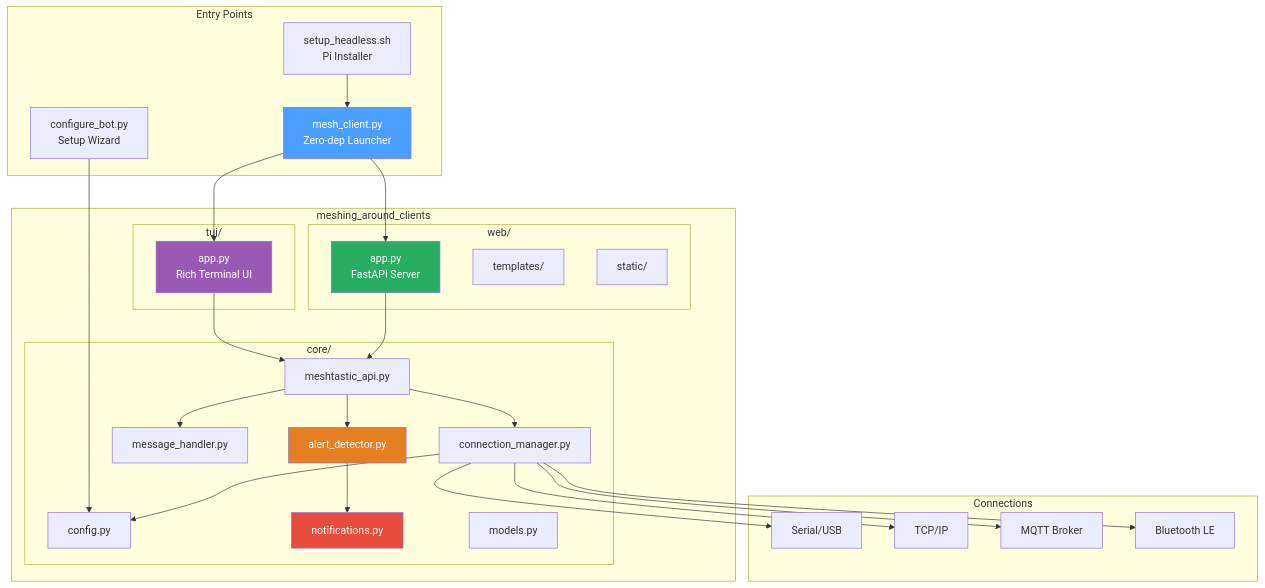
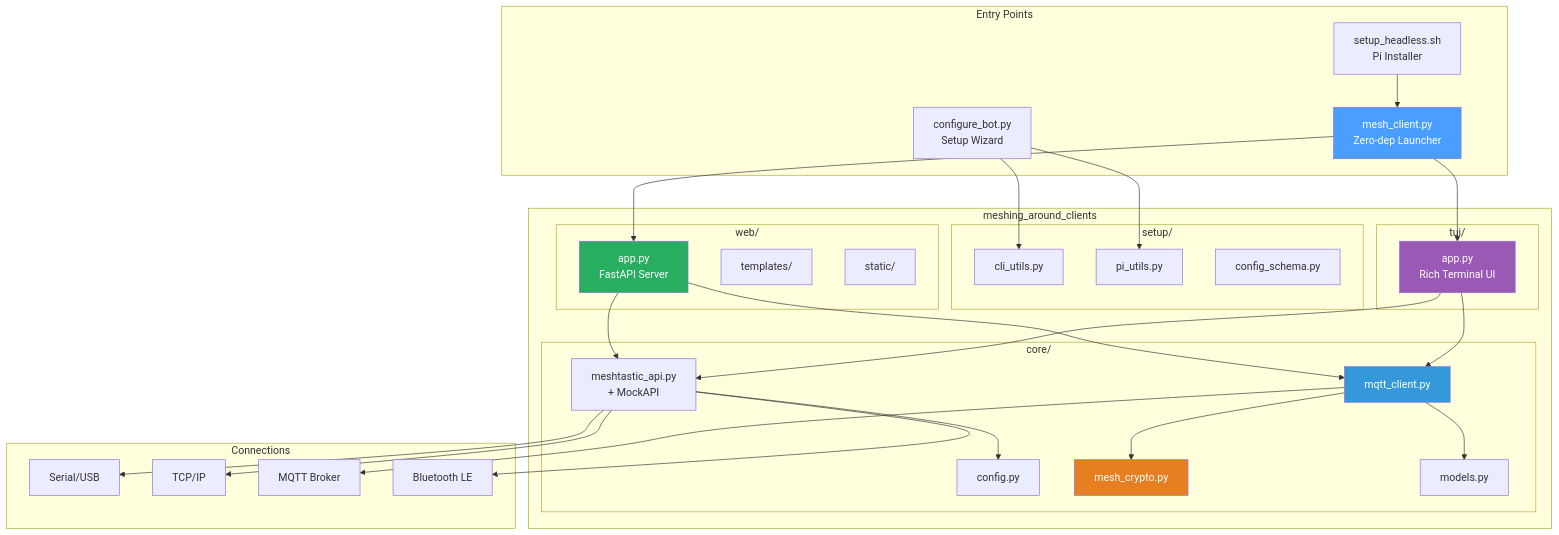
Before and after one commit to Nursedude/meshing_around_meshforge: the second of 4 diagrams in README.md, drawn with Mermaid. The commit also changed other lines of this file and 4 other files, not shown here.

First line of the commit message:
Update architecture docs, wire channel activity and env telemetry

````diff
--- a/README.md
+++ b/README.md
@@ -100,61 +100,66 @@
 ```mermaid
 graph TB
     subgraph "Entry Points"
         MC[mesh_client.py<br/>Zero-dep Launcher]
         CB[configure_bot.py<br/>Setup Wizard]
         SH[setup_headless.sh<br/>Pi Installer]
     end
 
     subgraph "meshing_around_clients"
         subgraph "core/"
             CFG[config.py]
-            CONN[connection_manager.py]
-            API[meshtastic_api.py]
-            MSG[message_handler.py]
-            ALERT[alert_detector.py]
-            NOTIF[notifications.py]
+            API[meshtastic_api.py<br/>+ MockAPI]
+            MQTT[mqtt_client.py]
+            CRYPTO[mesh_crypto.py]
             MDL[models.py]
+        end
+
+        subgraph "setup/"
+            CLI[cli_utils.py]
+            PI[pi_utils.py]
+            SCHEMA[config_schema.py]
         end
 
         subgraph "tui/"
             TUIAPP[app.py<br/>Rich Terminal UI]
         end
 
         subgraph "web/"
             WEBAPP[app.py<br/>FastAPI Server]
             TPL[templates/]
             STATIC[static/]
         end
     end
 
     subgraph "Connections"
         SER[Serial/USB]
         TCPCON[TCP/IP]
         MQTTCON[MQTT Broker]
         BLECON[Bluetooth LE]
     end
 
     MC --> TUIAPP
     MC --> WEBAPP
-    CB --> CFG
+    CB --> CLI
+    CB --> PI
     SH --> MC
 
     TUIAPP --> API
+    TUIAPP --> MQTT
     WEBAPP --> API
-    API --> CONN
-    API --> MSG
-    API --> ALERT
-    ALERT --> NOTIF
-    CONN --> CFG
+    WEBAPP --> MQTT
+    API --> CFG
+    MQTT --> CRYPTO
+    MQTT --> MDL
 
-    CONN --> SER
-    CONN --> TCPCON
-    CONN --> MQTTCON
-    CONN --> BLECON
+    API --> SER
+    API --> TCPCON
+    API --> BLECON
+    MQTT --> MQTTCON
 
     style MC fill:#4a9eff,color:#fff
     style TUIAPP fill:#9b59b6,color:#fff
     style WEBAPP fill:#27ae60,color:#fff
-    style ALERT fill:#e67e22,color:#fff
-    style NOTIF fill:#e74c3c,color:#fff
+    style MQTT fill:#3498db,color:#fff
+    style CRYPTO fill:#e67e22,color:#fff
 ```
````
